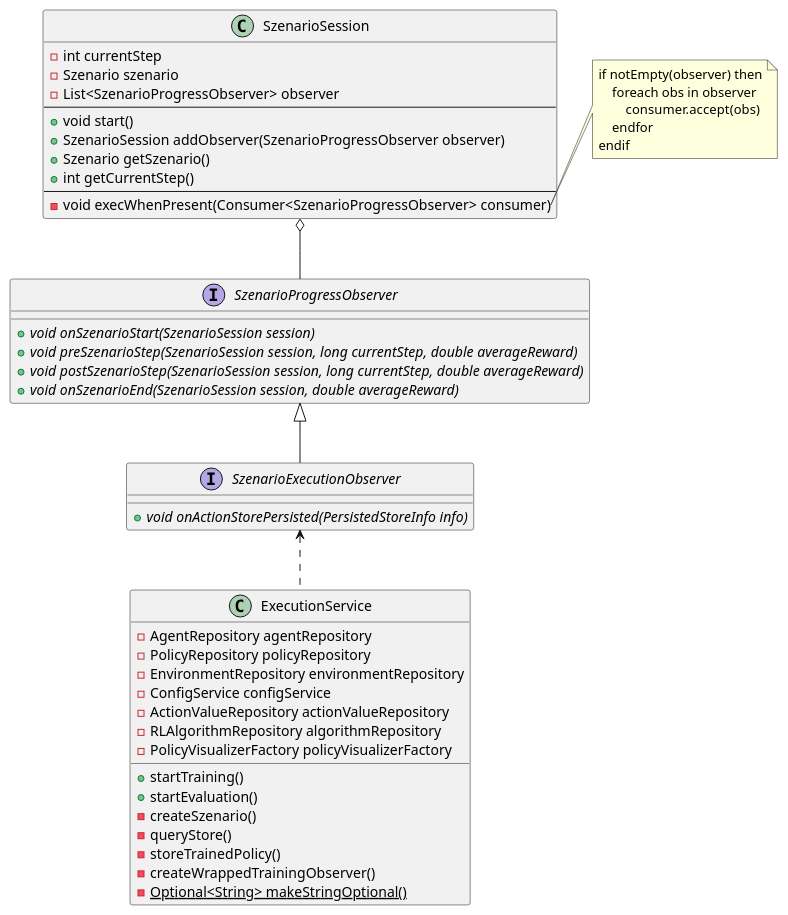
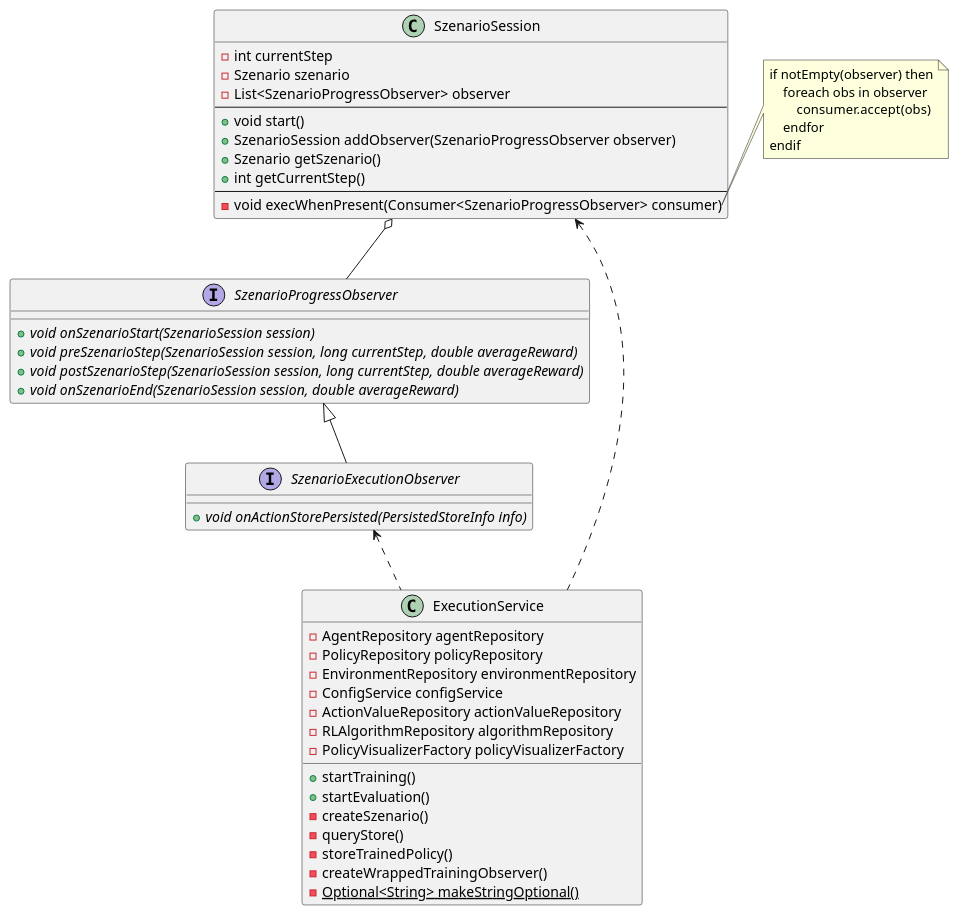
Before and after one commit to jatsqi/ASE-Reinforcement-Learning: the diagram in uml/observerPattern.puml, drawn with PlantUML. The commit also changed 3 other files, not shown here.

Commit message:
Add Dependency Inversion UML and update Documentation.

```diff
--- a/uml/observerPattern.puml
+++ b/uml/observerPattern.puml
@@ -1,63 +1,64 @@
 @startuml
 'https://plantuml.com/class-diagram
 
 interface SzenarioProgressObserver {
 
 +{abstract} void onSzenarioStart(SzenarioSession session)
 +{abstract} void preSzenarioStep(SzenarioSession session, long currentStep, double averageReward)
 +{abstract} void postSzenarioStep(SzenarioSession session, long currentStep, double averageReward)
 +{abstract} void onSzenarioEnd(SzenarioSession session, double averageReward)
 
 }
 
 class SzenarioSession {
 -int currentStep
 -Szenario szenario
 -List<SzenarioProgressObserver> observer
 --
 +void start()
 +SzenarioSession addObserver(SzenarioProgressObserver observer)
 +Szenario getSzenario()
 +int getCurrentStep()
 --
 -void execWhenPresent(Consumer<SzenarioProgressObserver> consumer)
 }
 
 interface SzenarioExecutionObserver {
 +{abstract} void onActionStorePersisted(PersistedStoreInfo info)
 }
 
 class ExecutionService {
 - AgentRepository agentRepository
 - PolicyRepository policyRepository
 - EnvironmentRepository environmentRepository
 - ConfigService configService
 - ActionValueRepository actionValueRepository
 - RLAlgorithmRepository algorithmRepository
 - PolicyVisualizerFactory policyVisualizerFactory
 
 + startTraining()
 + startEvaluation()
 - createSzenario()
 - queryStore()
 - storeTrainedPolicy()
 - createWrappedTrainingObserver()
 - {static} Optional<String> makeStringOptional()
 }
 
 note right of SzenarioSession::execWhenPresent
     if notEmpty(observer) then
         foreach obs in observer
             consumer.accept(obs)
         endfor
     endif
 end note
 
 'note right of ExecutionService::createWrappedTrainingObserver
 'end note
 
 SzenarioSession o-- SzenarioProgressObserver
 SzenarioProgressObserver <|-- SzenarioExecutionObserver
 SzenarioExecutionObserver <..ExecutionService
+SzenarioSession <.. ExecutionService
 
 @enduml
```
